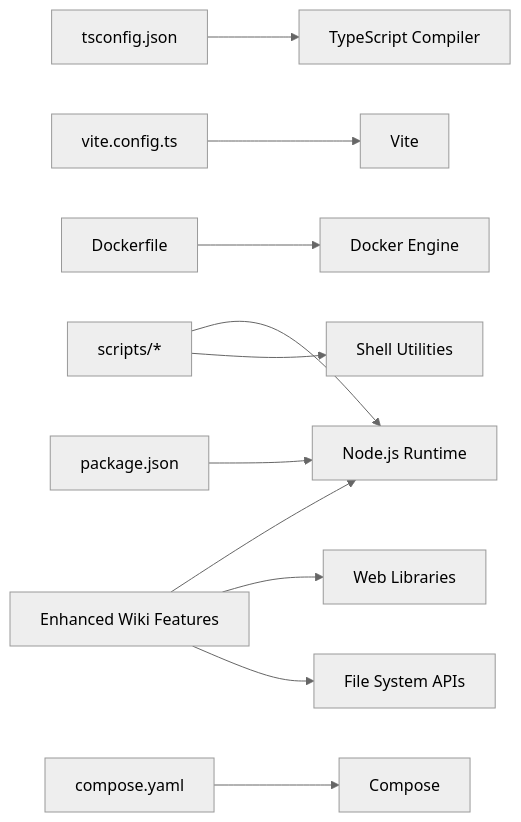
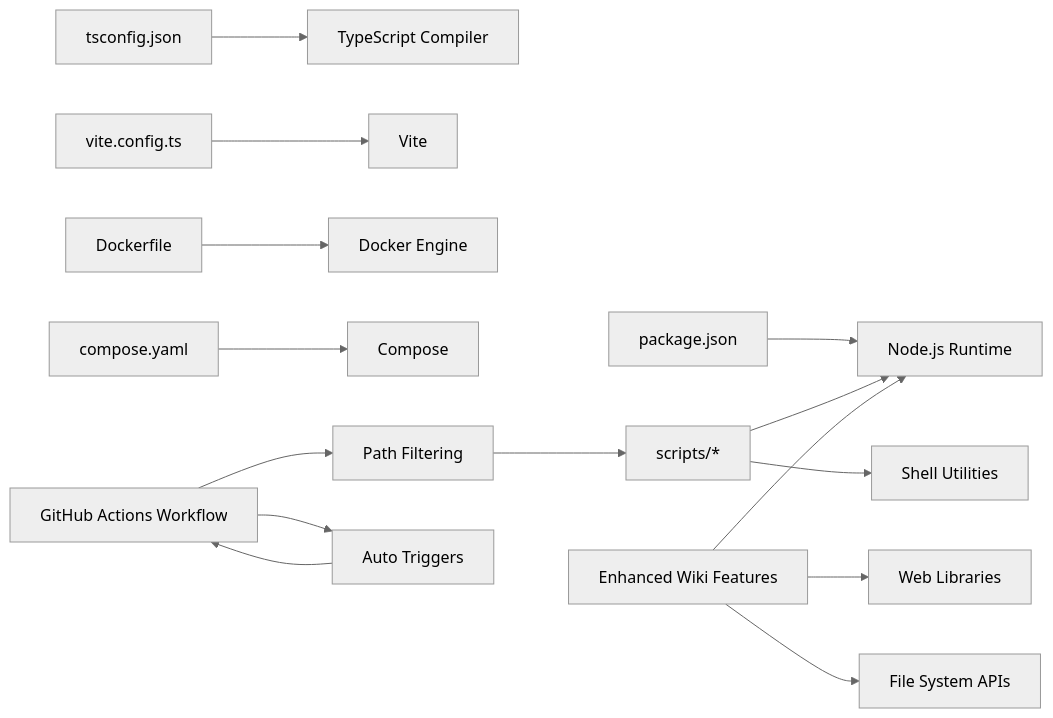
Before and after one commit to debian777/kairos-mcp: the ninth of 9 diagrams in .qoder/repowiki/en/content/Contributing and Development/Build Automation and Wiki Management.md, drawn with Mermaid (neutral theme). The commit also changed other lines of this file and 18 other files, not shown here.

````diff
--- a/.qoder/repowiki/en/content/Contributing and Development/Build Automation and Wiki Management.md
+++ b/.qoder/repowiki/en/content/Contributing and Development/Build Automation and Wiki Management.md
@@ -387,13 +445,17 @@
 ```mermaid
 graph LR
 PKG["package.json"] --> NODE["Node.js Runtime"]
 TSCFG["tsconfig.json"] --> TS["TypeScript Compiler"]
 VITE["vite.config.ts"] --> VITEPKG["Vite"]
 DOCKER["Dockerfile"] --> DOCKRUN["Docker Engine"]
 COMPOSE["compose.yaml"] --> COMPRUN["Compose"]
 SCRIPTS["scripts/*"] --> NODE
 SCRIPTS --> SHELL["Shell Utilities"]
 ENHANCED["Enhanced Wiki Features"] --> NODE
 ENHANCED --> WEBLIBS["Web Libraries"]
 ENHANCED --> FILESYS["File System APIs"]
+WORKFLOW["GitHub Actions Workflow"] --> PATHFILTER["Path Filtering"]
+WORKFLOW --> AUTOTRIGGER["Auto Triggers"]
+PATHFILTER --> SCRIPTS
+AUTOTRIGGER --> WORKFLOW
 ```
````
